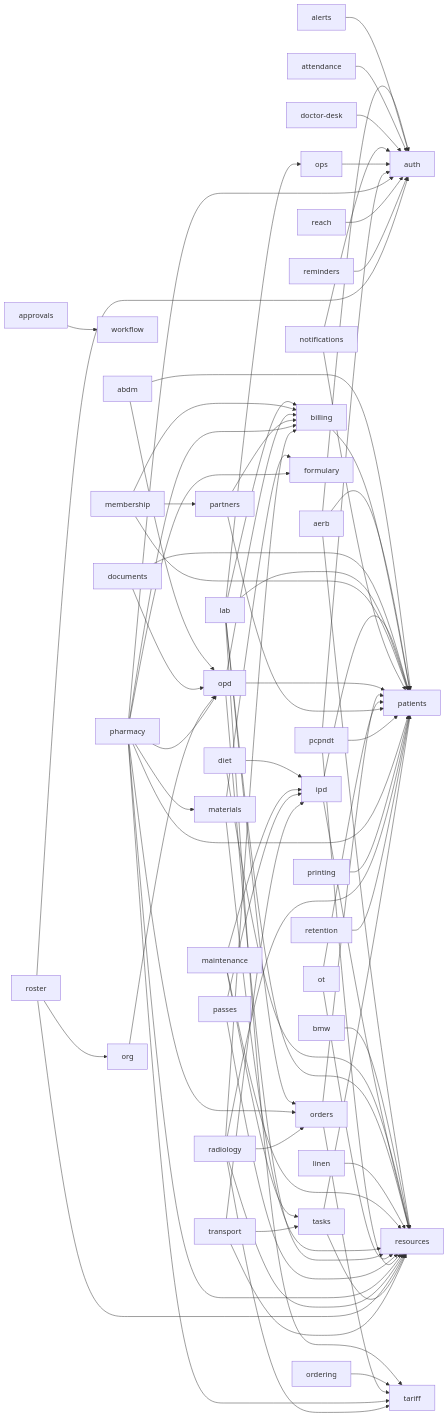
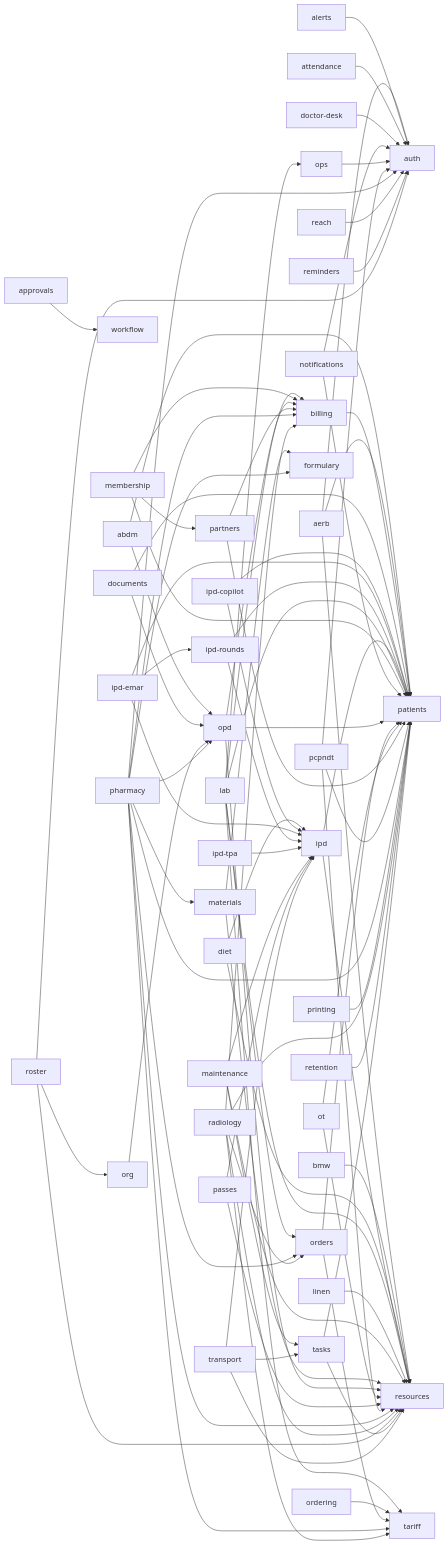
The diagram in docs/architecture/schema.md (ankits3a/hims-hmis), drawn with Mermaid before and after one commit. The commit also changed other lines of this file and 28 other files, not shown here.

```diff
--- a/docs/architecture/schema.md
+++ b/docs/architecture/schema.md
@@ -27,6 +27,14 @@
   doctor_desk[doctor-desk] --> auth[auth]
   documents[documents] --> opd[opd]
   documents[documents] --> patients[patients]
+  ipd_copilot[ipd-copilot] --> ipd[ipd]
+  ipd_copilot[ipd-copilot] --> patients[patients]
+  ipd_emar[ipd-emar] --> ipd_rounds[ipd-rounds]
+  ipd_emar[ipd-emar] --> ipd[ipd]
+  ipd_emar[ipd-emar] --> patients[patients]
+  ipd_rounds[ipd-rounds] --> ipd[ipd]
+  ipd_rounds[ipd-rounds] --> patients[patients]
+  ipd_tpa[ipd-tpa] --> ipd[ipd]
   ipd[ipd] --> patients[patients]
   ipd[ipd] --> resources[resources]
   lab[lab] --> billing[billing]
```
